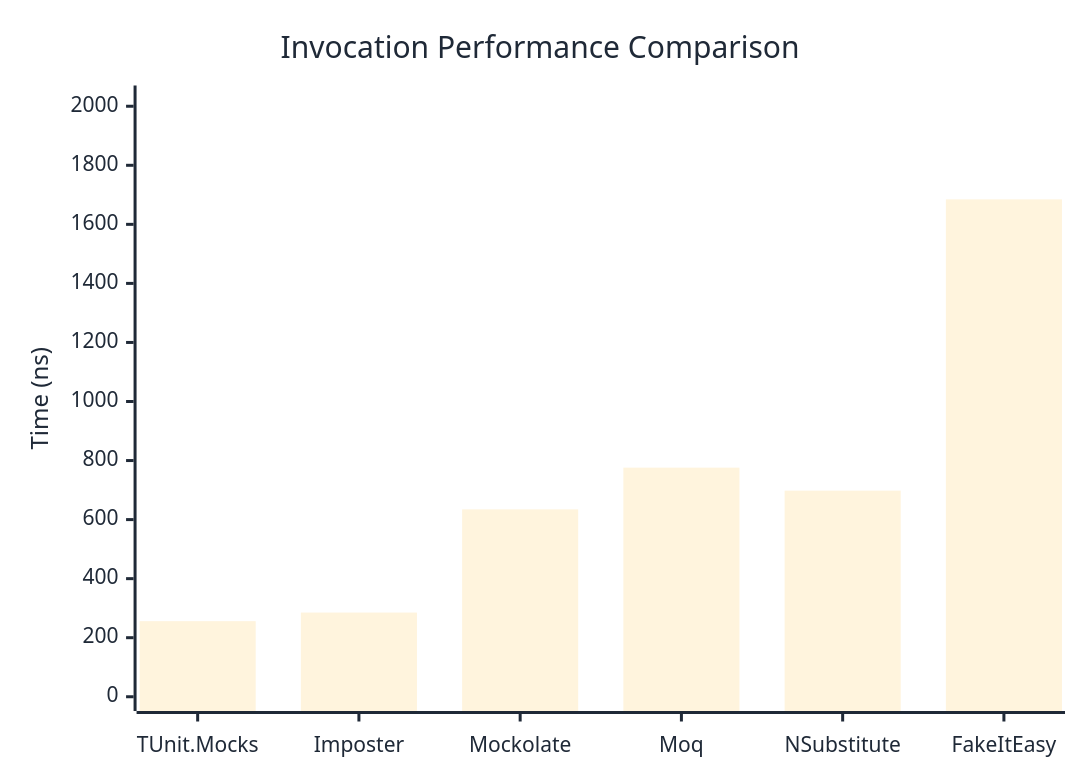
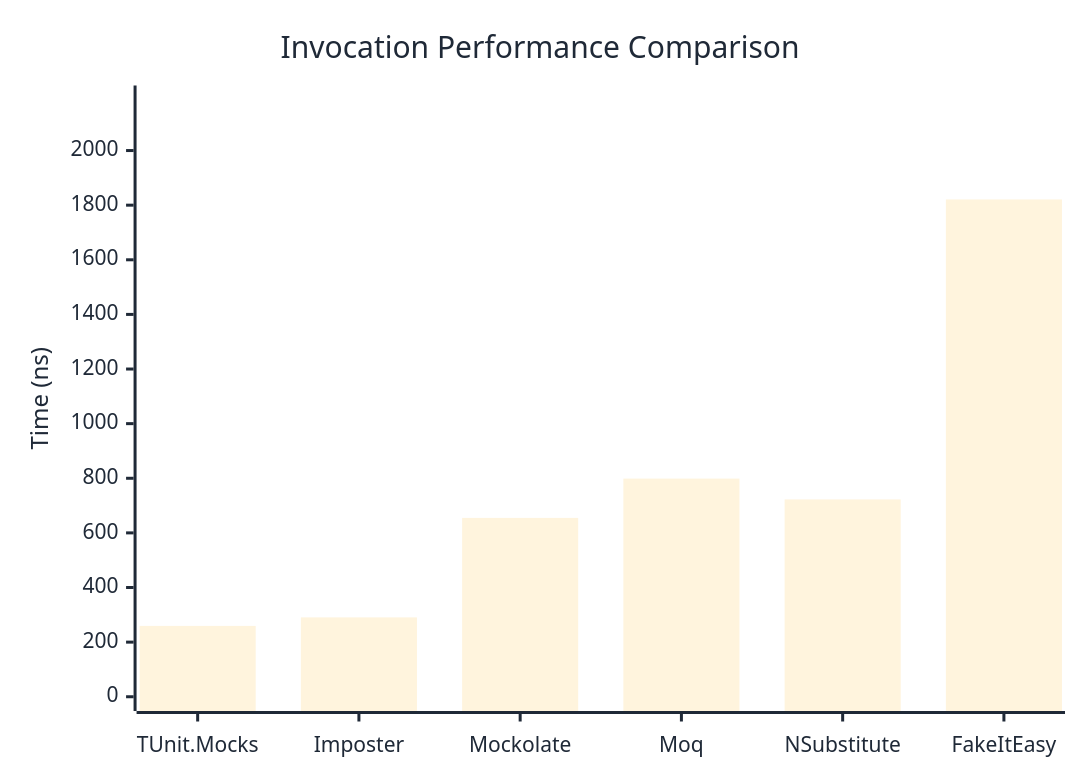
Before and after one commit to thomhurst/TUnit: the first of 3 diagrams in docs/docs/benchmarks/mocks/Invocation.md, drawn with Mermaid. The commit also changed other lines of this file and 14 other files, not shown here.

````diff
--- a/docs/docs/benchmarks/mocks/Invocation.md
+++ b/docs/docs/benchmarks/mocks/Invocation.md
@@ -28,27 +28,27 @@
 ```mermaid
 %%{init: {
   'theme':'base',
   'themeVariables': {
     'primaryColor': '#2563eb',
     'primaryTextColor': '#1f2937',
     'primaryBorderColor': '#1e40af',
     'lineColor': '#6b7280',
     'secondaryColor': '#7c3aed',
     'tertiaryColor': '#dc2626',
     'background': '#ffffff',
     'pie1': '#2563eb',
     'pie2': '#7c3aed',
     'pie3': '#dc2626',
     'pie4': '#f59e0b',
     'pie5': '#10b981',
     'pie6': '#06b6d4',
     'pie7': '#ec4899',
     'pie8': '#6366f1'
   }
 }}%%
 xychart-beta
   title "Invocation Performance Comparison"
   x-axis ["TUnit.Mocks", "Imposter", "Mockolate", "Moq", "NSubstitute", "FakeItEasy"]
-  y-axis "Time (ns)" 0 --> 2022
-  bar [256, 285.1, 634.7, 776, 698.1, 1684.6]
+  y-axis "Time (ns)" 0 --> 2186
+  bar [259.4, 290.6, 654.9, 798.8, 722.6, 1821]
 ```
````
